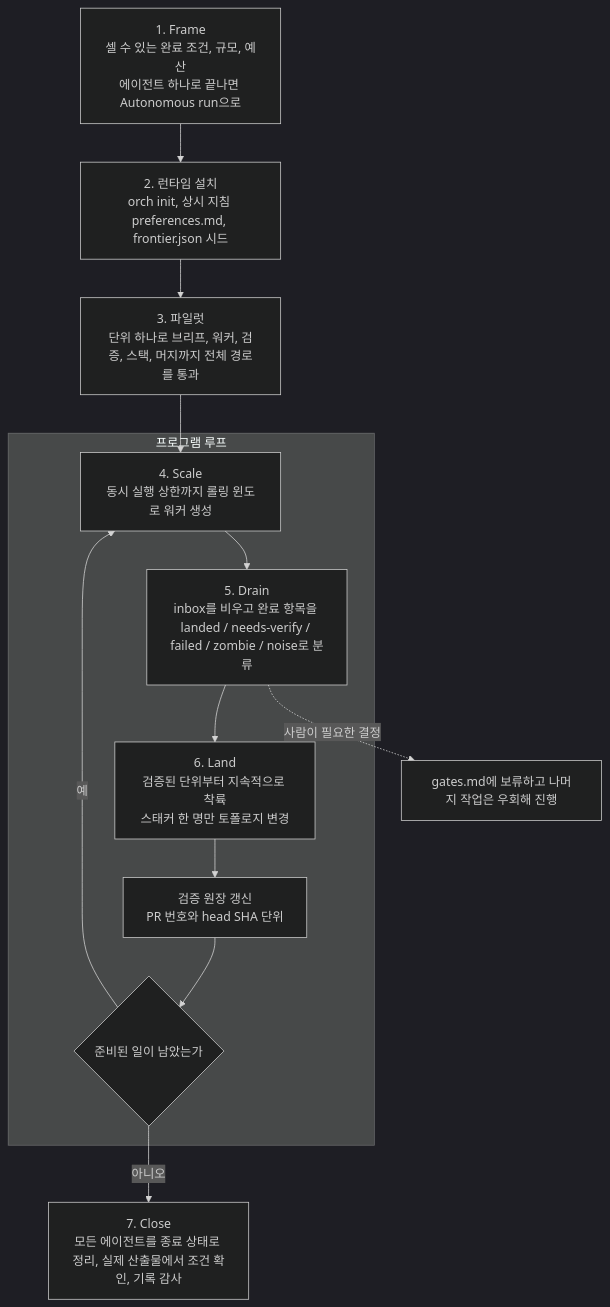
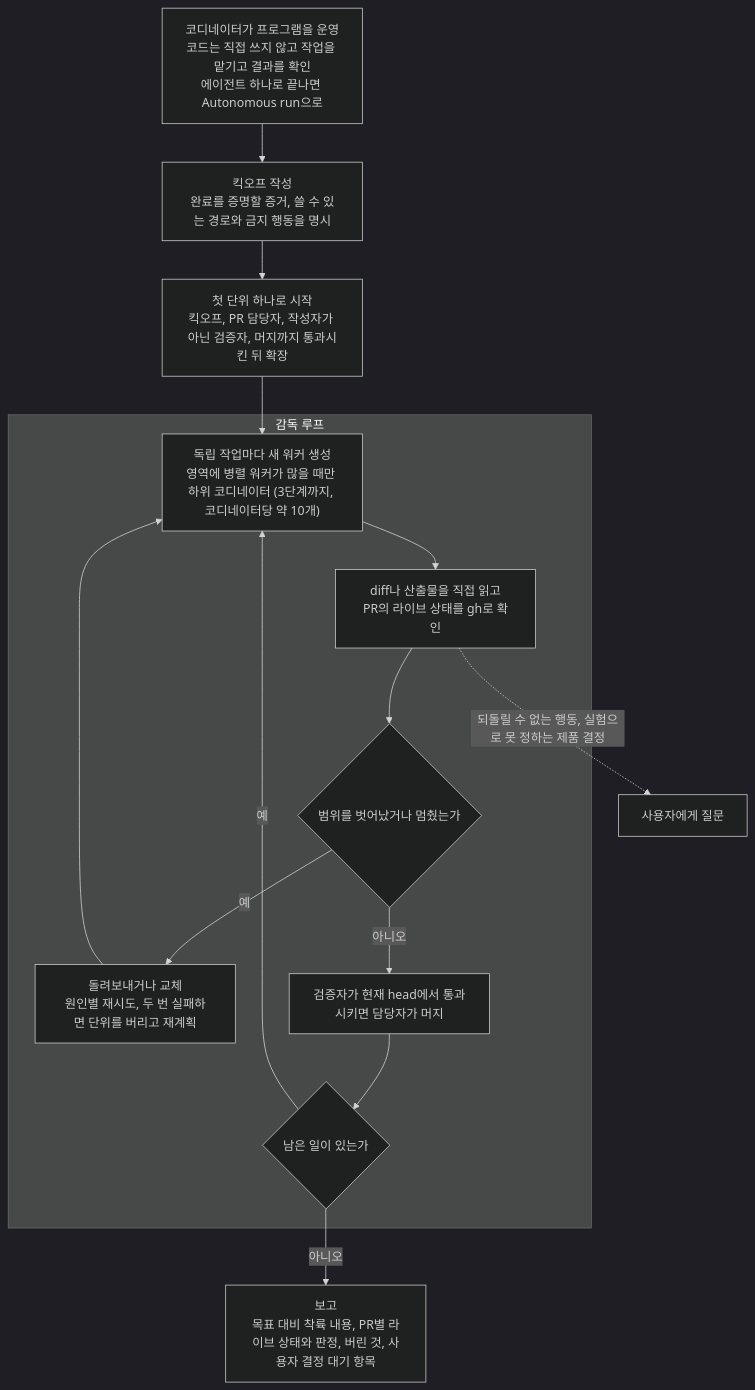
One commit to Mineru98/mstack changed diagram 50 of 57 in README.md. Above: the diagram before and after it, drawn with Mermaid (dark theme). The commit also changed other lines of this file and 444 other files, not shown here.

````diff
--- a/README.md
+++ b/README.md
@@ -1343,15 +1346,17 @@
 ```mermaid
 flowchart TD
-    S1["1. Frame<br/>셀 수 있는 완료 조건, 규모, 예산<br/>에이전트 하나로 끝나면 Autonomous run으로"] --> S2["2. 런타임 설치<br/>orch init, 상시 지침 preferences.md, frontier.json 시드"]
-    S2 --> S3["3. 파일럿<br/>단위 하나로 브리프, 워커, 검증, 스택, 머지까지 전체 경로를 통과"]
-    S3 --> S4["4. Scale<br/>동시 실행 상한까지 롤링 윈도로 워커 생성"]
-    subgraph LOOP["프로그램 루프"]
-        S4 --> S5["5. Drain<br/>inbox를 비우고 완료 항목을 landed / needs-verify / failed / zombie / noise로 분류"]
-        S5 --> S6["6. Land<br/>검증된 단위부터 지속적으로 착륙<br/>스태커 한 명만 토폴로지 변경"]
-        S6 --> SV["검증 원장 갱신<br/>PR 번호와 head SHA 단위"]
-        SV --> RD{"준비된 일이 남았는가"}
-        RD -->|"예"| S4
+    A["코디네이터가 프로그램을 운영<br/>코드는 직접 쓰지 않고 작업을 맡기고 결과를 확인<br/>에이전트 하나로 끝나면 Autonomous run으로"] --> B["킥오프 작성<br/>완료를 증명할 증거, 쓸 수 있는 경로와 금지 행동을 명시"]
+    B --> C["첫 단위 하나로 시작<br/>킥오프, PR 담당자, 작성자가 아닌 검증자, 머지까지 통과시킨 뒤 확장"]
+    C --> D["독립 작업마다 새 워커 생성<br/>영역에 병렬 워커가 많을 때만 하위 코디네이터 (3단계까지, 코디네이터당 약 10개)"]
+    subgraph LOOP["감독 루프"]
+        D --> E["diff나 산출물을 직접 읽고<br/>PR의 라이브 상태를 gh로 확인"]
+        E --> F{"범위를 벗어났거나 멈췄는가"}
+        F -->|"예"| G["돌려보내거나 교체<br/>원인별 재시도, 두 번 실패하면 단위를 버리고 재계획"]
+        G --> D
+        F -->|"아니오"| H["검증자가 현재 head에서 통과시키면 담당자가 머지"]
+        H --> RD{"남은 일이 있는가"}
+        RD -->|"예"| D
     end
-    RD -->|"아니오"| S7["7. Close<br/>모든 에이전트를 종료 상태로 정리, 실제 산출물에서 조건 확인, 기록 감사"]
-    S5 -.->|"사람이 필요한 결정"| GT["gates.md에 보류하고 나머지 작업은 우회해 진행"]
+    RD -->|"아니오"| R["보고<br/>목표 대비 착륙 내용, PR별 라이브 상태와 판정, 버린 것, 사용자 결정 대기 항목"]
+    E -.->|"되돌릴 수 없는 행동, 실험으로 못 정하는 제품 결정"| GT["사용자에게 질문"]
 ```
````
